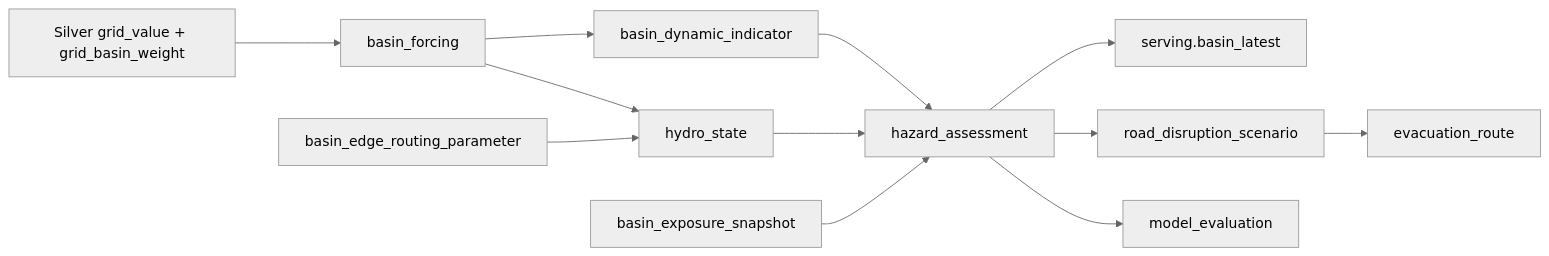
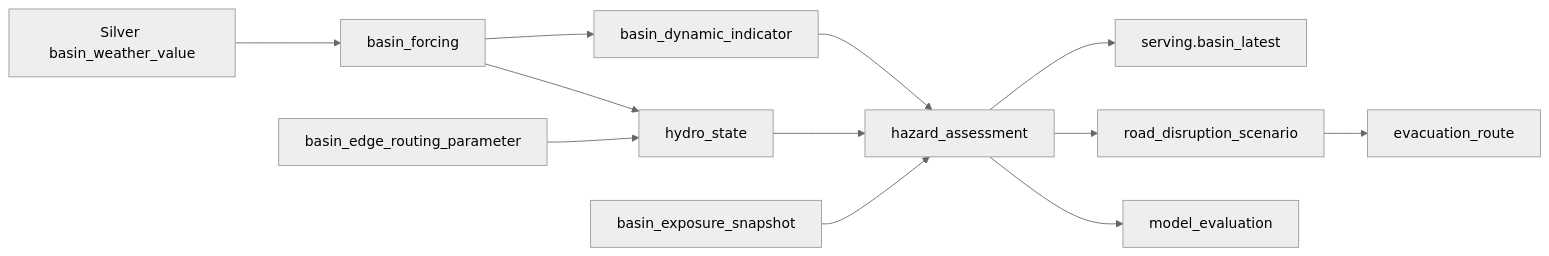
The fourth of 5 diagrams in docs/schema_contract/data.md (cloud-vmih/flood-lake-kg), drawn with Mermaid (neutral theme) before and after one commit. The commit also changed other lines of this file and 6 other files, not shown here.

````diff
--- a/docs/schema_contract/data.md
+++ b/docs/schema_contract/data.md
@@ -882,13 +922,13 @@
 ```mermaid
 flowchart LR
-  SW["Silver grid_value + grid_basin_weight"] --> BF["basin_forcing"]
+  SW["Silver basin_weather_value"] --> BF["basin_forcing"]
   BF --> DI["basin_dynamic_indicator"]
   BF --> HS["hydro_state"]
   EP["basin_edge_routing_parameter"] --> HS
   HS --> HA["hazard_assessment"]
   DI --> HA
   EX["basin_exposure_snapshot"] --> HA
   HA --> BL["serving.basin_latest"]
   HA --> RD["road_disruption_scenario"] --> ER["evacuation_route"]
   HA --> ME["model_evaluation"]
 ```
````
